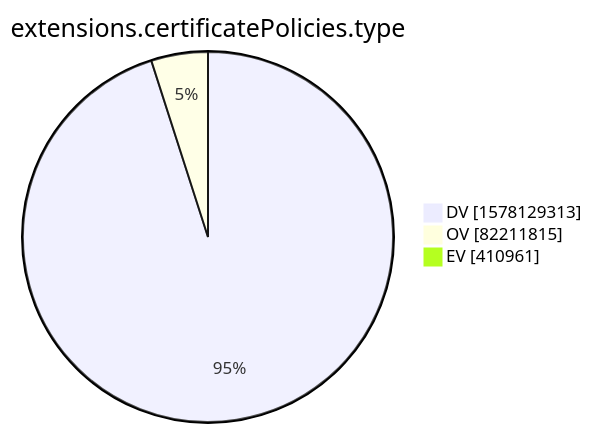
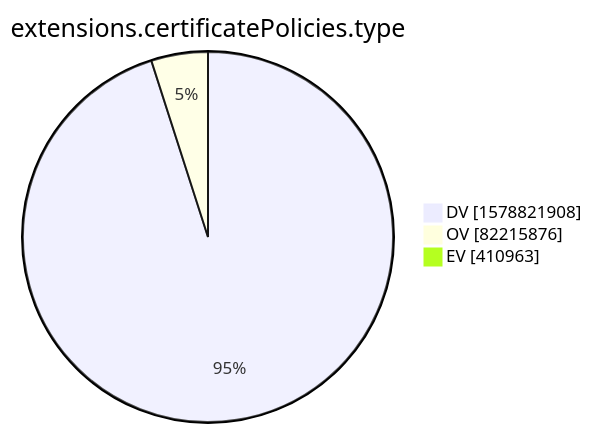
The tenth of 15 diagrams in xenon2022/README.md (christiankrug/ctmonitor_visualization), drawn with Mermaid before and after one commit. The commit also changed other lines of this file, not shown here.

````diff
--- a/xenon2022/README.md
+++ b/xenon2022/README.md
@@ -2877,7 +2877,7 @@
 ```mermaid
 pie showData
 title extensions.certificatePolicies.type
-"DV" :1578129313
-"OV" :82211815
-"EV" :410961
+"DV" :1578821908
+"OV" :82215876
+"EV" :410963
 ```
````
